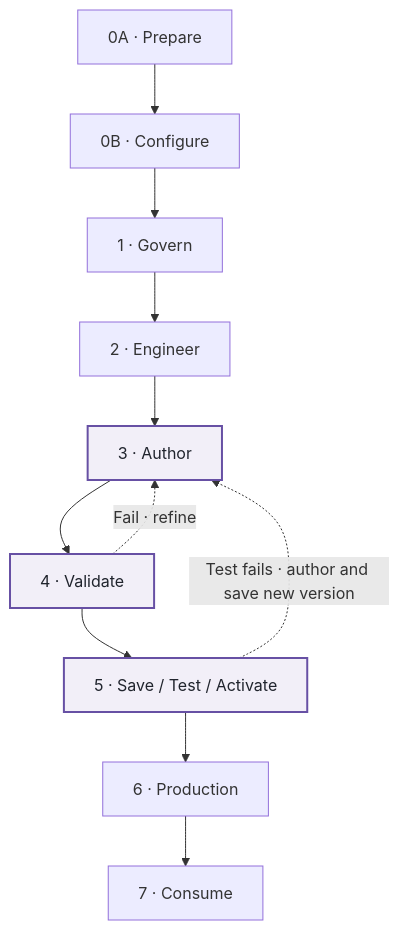
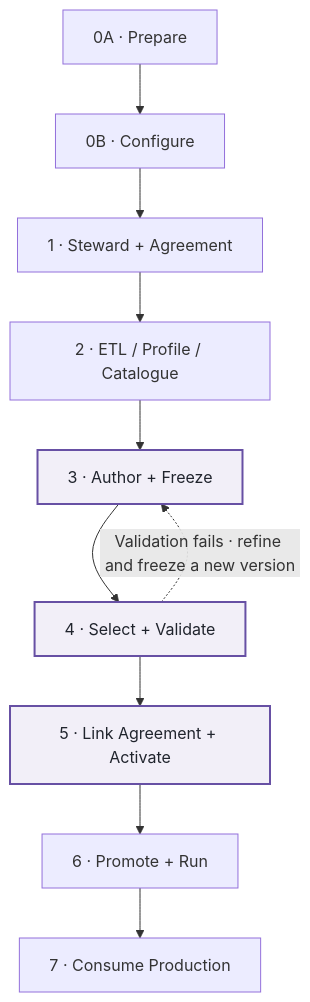
One commit to Voycepeh/FabricOps-Starter-Kit changed the diagram in docs/guided-demo.md. Above: the diagram before and after it, drawn with Mermaid. The commit also changed other lines of this file and 15 other files, not shown here.

````diff
--- a/docs/guided-demo.md
+++ b/docs/guided-demo.md
@@ -19,9 +19,8 @@
 ```mermaid
 flowchart TD
-    S0A["0A · Prepare"] --> S0B["0B · Configure"] --> S1["1 · Govern"] --> S2["2 · Engineer"] --> S3["3 · Author"] --> S4["4 · Validate"] --> S5["5 · Save / Test / Activate"] --> S6["6 · Production"] --> S7["7 · Consume"]
-    S4 -. "Fail · refine" .-> S3
-    S5 -. "Test fails · author and save new version" .-> S3
+    S0A["0A · Prepare"] --> S0B["0B · Configure"] --> S1["1 · Steward + Agreement"] --> S2["2 · ETL / Profile / Catalogue"] --> S3["3 · Author + Freeze"] --> S4["4 · Select + Validate"] --> S5["5 · Link Agreement + Activate"] --> S6["6 · Promote + Run"] --> S7["7 · Consume Production"]
+    S4 -. "Validation fails · refine and freeze a new version" .-> S3
 
     classDef focal fill:#f2eff8,stroke:#6750a4,stroke-width:2px,color:#20242d;
     class S3,S4,S5 focal;
 ```
````
